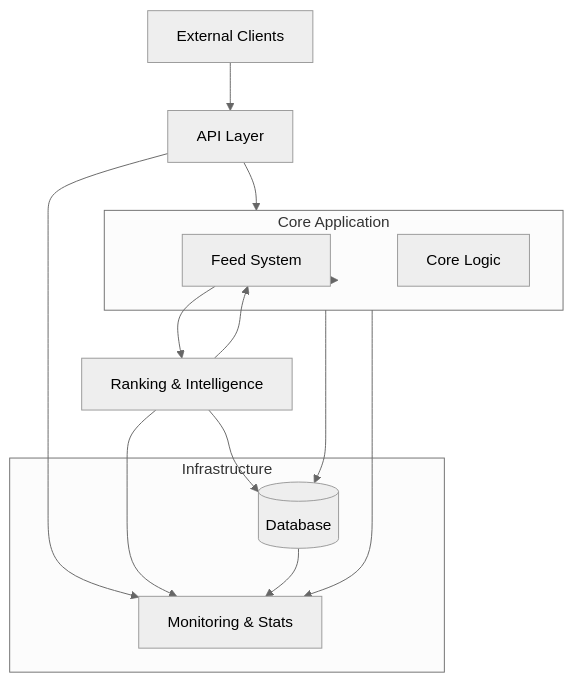
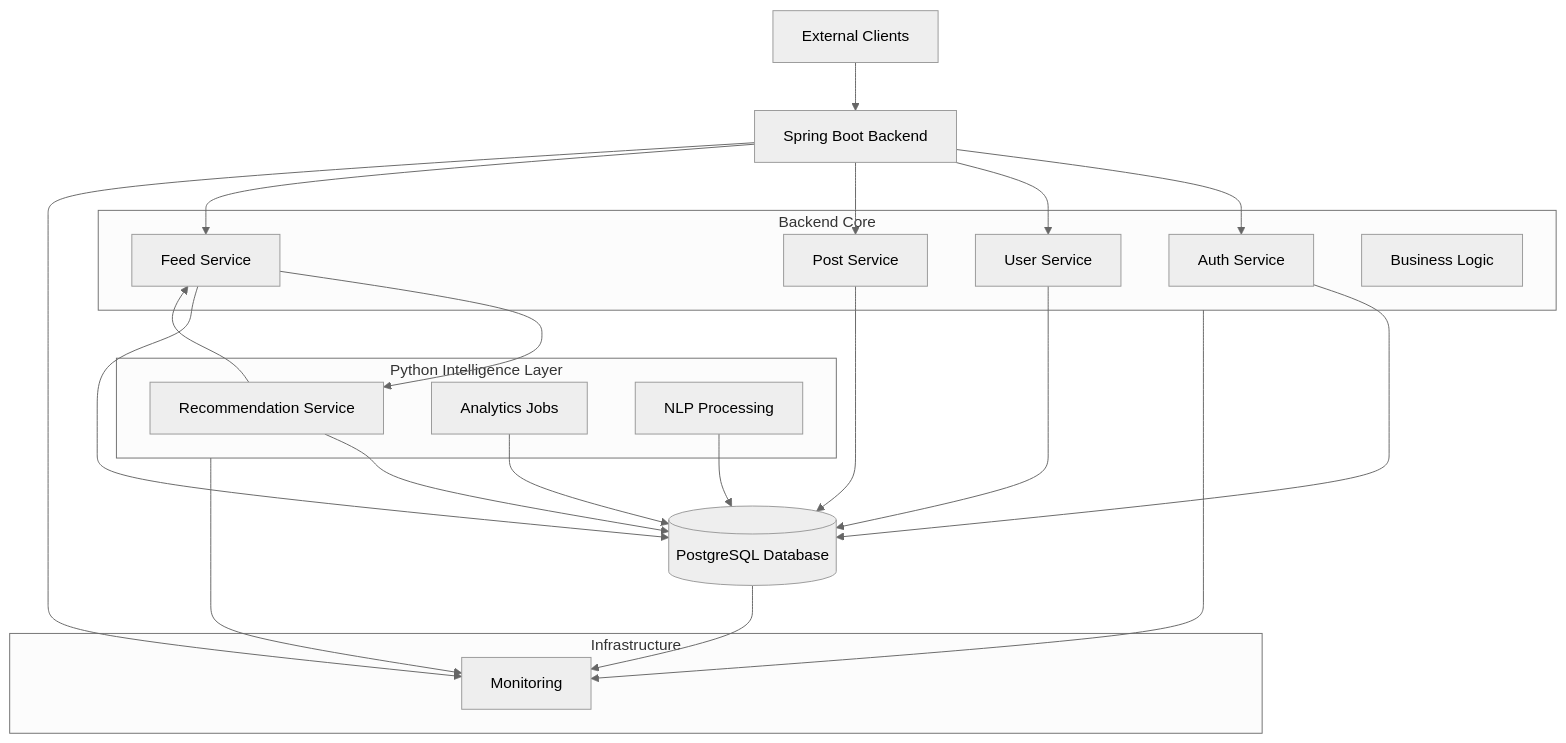
One commit to ferigeek/UndergraduateProject changed the diagram in docs/docs/en/1-Proposal.md. Above: the diagram before and after it, drawn with Mermaid (neutral theme). The commit also changed other lines of this file and 1 other file, not shown here.

Commit message:
docs(proposal): clarify intelligence layer architecture
The responsibilities and separation within the intelligence layer were previously vague.

This update clearly defines the components (recommendation and analytics services) and reflects them in the updated architecture diagram.

````diff
--- a/docs/docs/en/1-Proposal.md
+++ b/docs/docs/en/1-Proposal.md
@@ -23,33 +23,52 @@
 ```mermaid
 flowchart TB
 
 Client[External Clients]
 
-API[API Layer]
+API[Spring Boot Backend]
 
-subgraph Core[Core Application]
-    Feed[Feed System]
-    Logic[Core Logic]
+subgraph Backend[Backend Core]
+    Auth[Auth Service]
+    User[User Service]
+    Post[Post Service]
+    Feed[Feed Service]
+    Logic[Business Logic]
 end
 
-Intel[Ranking & Intelligence]
+subgraph Intel[Python Intelligence Layer]
+    Rank[Recommendation Service]
+    Analytics[Analytics Jobs]
+    NLP[NLP Processing]
+end
+
+DB[(PostgreSQL Database)]
 
 subgraph Infra[Infrastructure]
-    Mon[Monitoring & Stats]
-    DB[(Database)]
+    Mon[Monitoring]
+
 end
 
 Client --> API
-API --> Core
-Core --> Feed
-Core --> DB
 
-Feed --> Intel
-Intel --> DB
-Intel --> Feed
+API --> Auth
+API --> User
+API --> Post
+API --> Feed
 
-Core --> Mon
+Feed --> Rank
+Rank --> Feed
+
+Auth --> DB
+User --> DB
+Post --> DB
+Feed --> DB
+
+Analytics --> DB
+NLP --> DB
+Rank --> DB
+
 API --> Mon
+Backend --> Mon
 Intel --> Mon
 DB --> Mon
 ```
````
